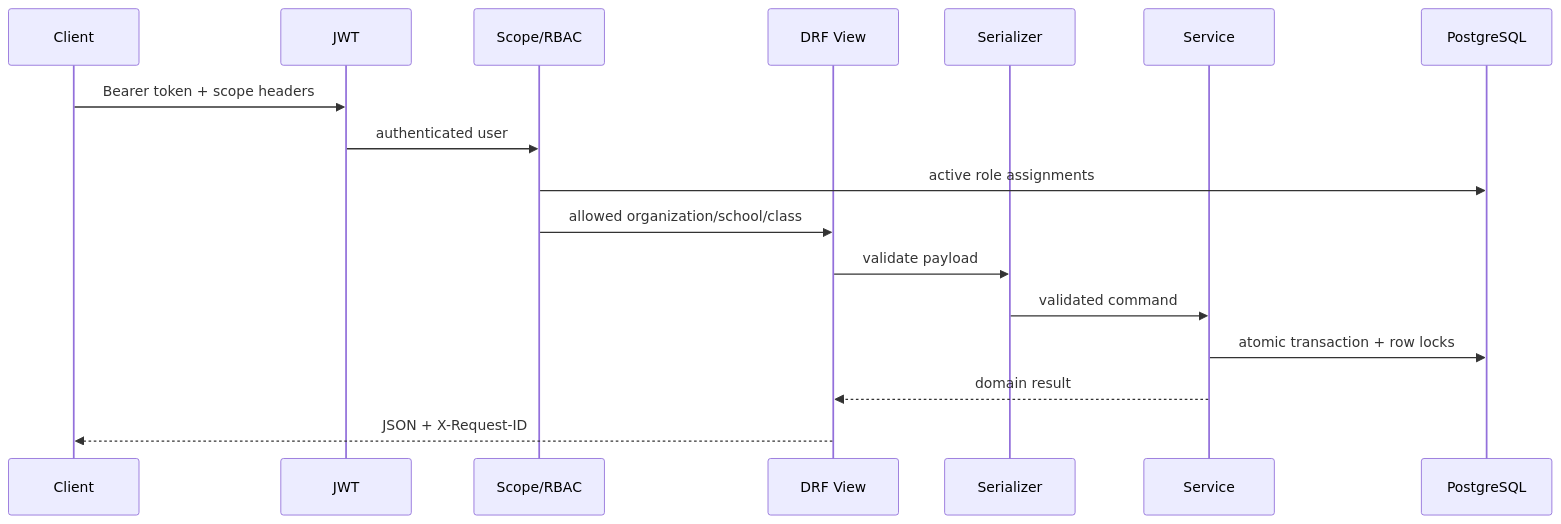
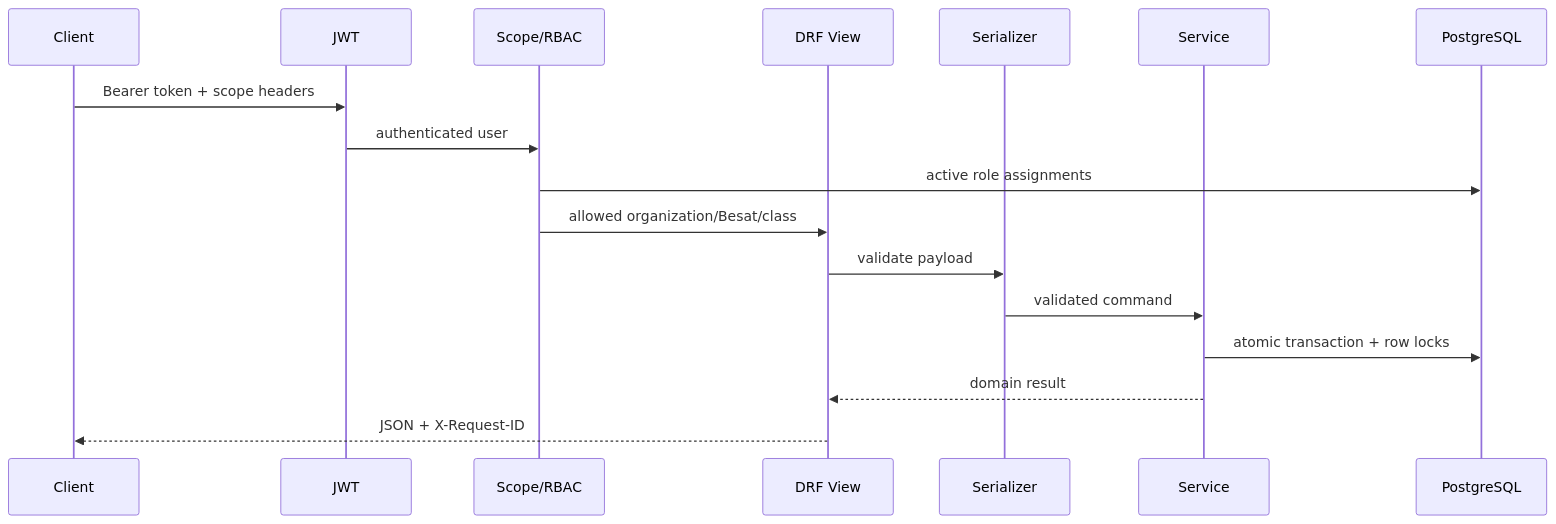
Before and after one commit to leonardo0231/hamamooz-platform: the second of 2 diagrams in Backend/docs/02-ARCHITECTURE_FA.md, drawn with Mermaid. The commit also changed other lines of this file and 76 other files, not shown here.

Commit message:
fix: consolidate school scope to Besat

````diff
--- a/Backend/docs/02-ARCHITECTURE_FA.md
+++ b/Backend/docs/02-ARCHITECTURE_FA.md
@@ -37,19 +37,19 @@
 ```mermaid
 sequenceDiagram
     participant C as Client
     participant A as JWT
     participant P as Scope/RBAC
     participant V as DRF View
     participant Z as Serializer
     participant S as Service
     participant D as PostgreSQL
     C->>A: Bearer token + scope headers
     A->>P: authenticated user
     P->>D: active role assignments
-    P->>V: allowed organization/school/class
+    P->>V: allowed organization/Besat/class
     V->>Z: validate payload
     Z->>S: validated command
     S->>D: atomic transaction + row locks
     S-->>V: domain result
     V-->>C: JSON + X-Request-ID
 ```
````
